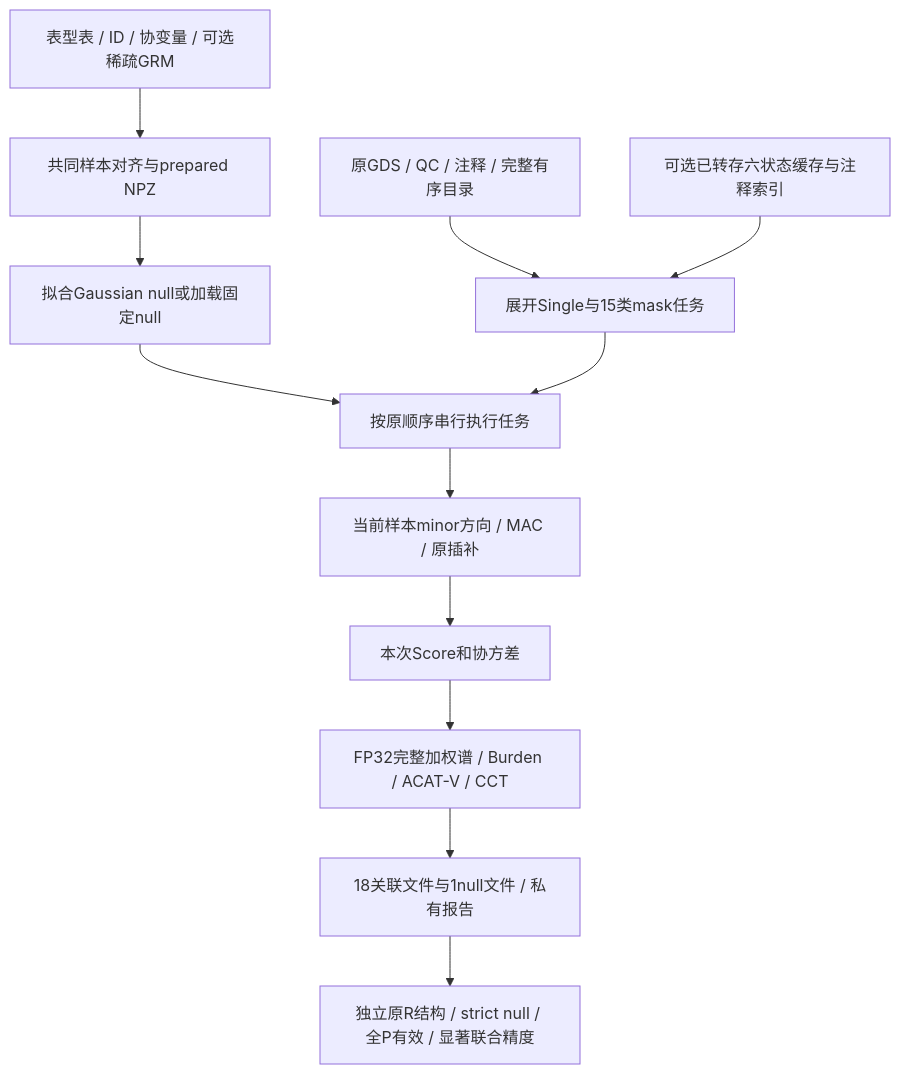
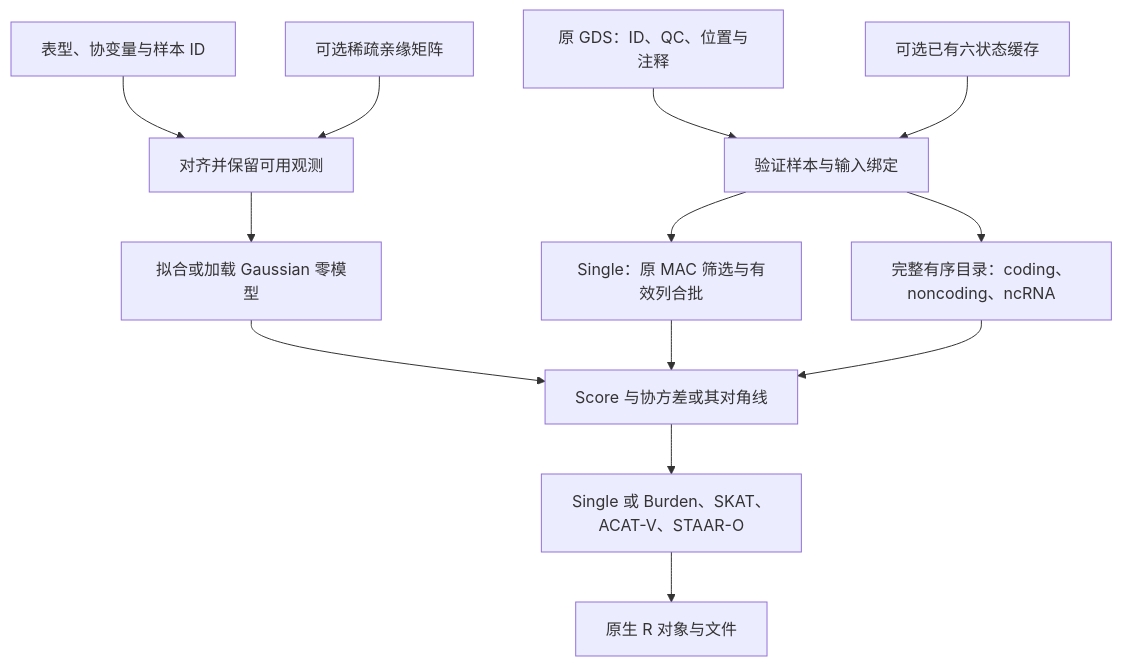
Before and after one commit to weikanggong1/WGS: the diagram in docs/torchstaar.md, drawn with Mermaid. The commit also changed other lines of this file and 100 other files, not shown here.

````diff
--- a/docs/torchstaar.md
+++ b/docs/torchstaar.md
@@ -11,14 +9,15 @@
 ```mermaid
 flowchart TD
-    A[表型表 / ID / 协变量 / 可选稀疏GRM] --> B[共同样本对齐与prepared NPZ]
-    B --> C[拟合Gaussian null或加载固定null]
-    D[原GDS / QC / 注释 / 完整有序目录] --> E[展开Single与15类mask任务]
-    F[可选已转存六状态缓存与注释索引] --> E
-    C --> G[按原顺序串行执行任务]
-    E --> G
-    G --> H[当前样本minor方向 / MAC / 原插补]
-    H --> I[本次Score和协方差]
-    I --> J[FP32完整加权谱 / Burden / ACAT-V / CCT]
-    J --> K[18关联文件与1null文件 / 私有报告]
-    K --> L[独立原R结构 / strict null / 全P有效 / 显著联合精度]
+    A[表型、协变量与样本 ID] --> B[对齐并保留可用观测]
+    C[可选稀疏亲缘矩阵] --> B
+    B --> D[拟合或加载 Gaussian 零模型]
+    G[原 GDS：ID、QC、位置与注释] --> E[验证样本与输入绑定]
+    H[可选已有六状态缓存] --> E
+    E --> S[Single：原 MAC 筛选与有效列合批]
+    E --> M[完整有序目录：coding、noncoding、ncRNA]
+    D --> U[Score 与协方差或其对角线]
+    S --> U
+    M --> U
+    U --> T[Single 或 Burden、SKAT、ACAT-V、STAAR-O]
+    T --> O[原生 R 对象与文件]
 ```
````
